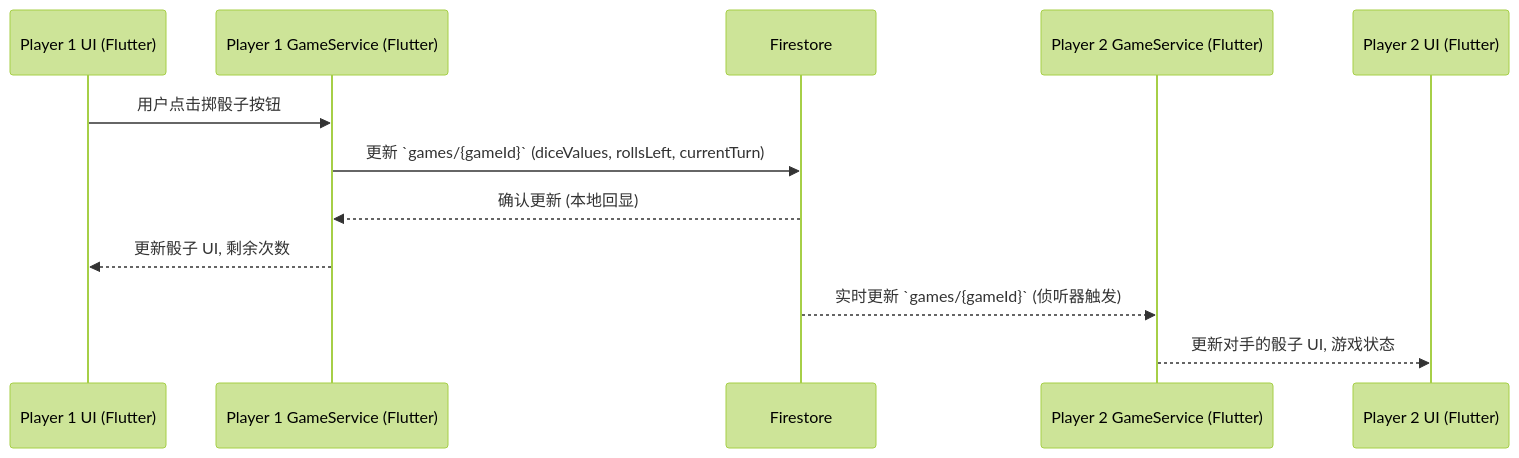
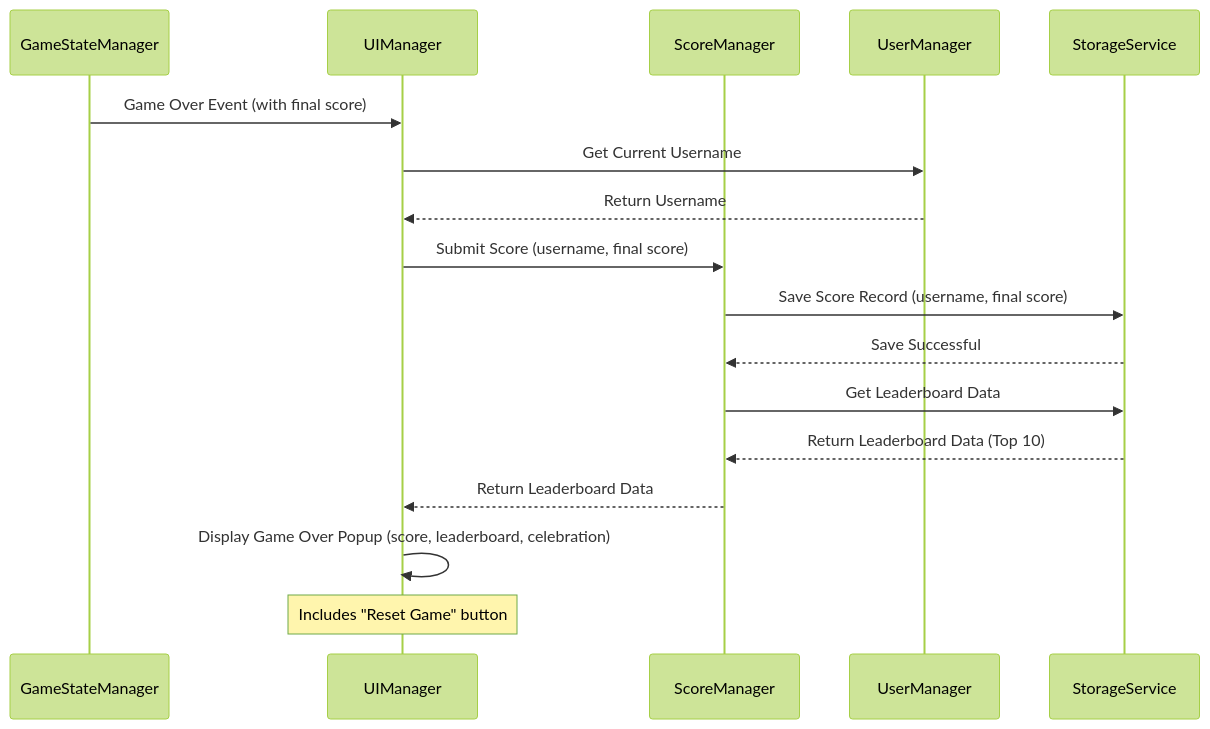
One commit to harjeb/simple-yacht changed the first of 3 diagrams in memory-bank/architecture.md. Above: the diagram before and after it, drawn with Mermaid (forest theme). The commit also changed other lines of this file and 40 other files, not shown here.

````diff
--- a/memory-bank/architecture.md
+++ b/memory-bank/architecture.md
@@ -169,16 +43,20 @@
 ```mermaid
 sequenceDiagram
-    participant P1_UI as Player 1 UI (Flutter)
-    participant P1_Service as Player 1 GameService (Flutter)
-    participant Firestore
-    participant P2_Service as Player 2 GameService (Flutter)
-    participant P2_UI as Player 2 UI (Flutter)
+    participant GS as GameStateManager
+    participant UI as UIManager
+    participant SM as ScoreManager
+    participant USR as UserManager
+    participant ST as StorageService
 
-    P1_UI->>P1_Service: 用户点击掷骰子按钮
-    P1_Service->>Firestore: 更新 `games/{gameId}` (diceValues, rollsLeft, currentTurn)
-    Firestore-->>P1_Service: 确认更新 (本地回显)
-    P1_Service-->>P1_UI: 更新骰子 UI, 剩余次数
-    
-    Firestore-->>P2_Service: 实时更新 `games/{gameId}` (侦听器触发)
-    P2_Service-->>P2_UI: 更新对手的骰子 UI, 游戏状态
+    GS->>UI: Game Over Event (with final score)
+    UI->>USR: Get Current Username
+    USR-->>UI: Return Username
+    UI->>SM: Submit Score (username, final score)
+    SM->>ST: Save Score Record (username, final score)
+    ST-->>SM: Save Successful
+    SM->>ST: Get Leaderboard Data
+    ST-->>SM: Return Leaderboard Data (Top 10)
+    SM-->>UI: Return Leaderboard Data
+    UI->>UI: Display Game Over Popup (score, leaderboard, celebration)
+    Note over UI: Includes "Reset Game" button
 ```
````
